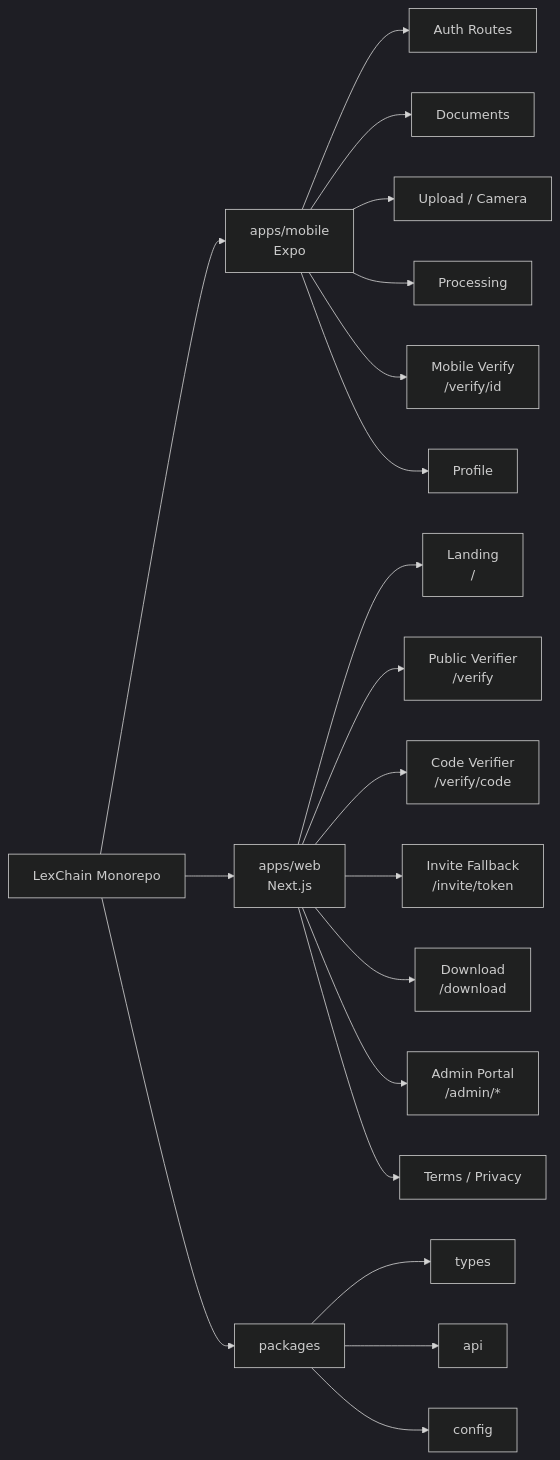
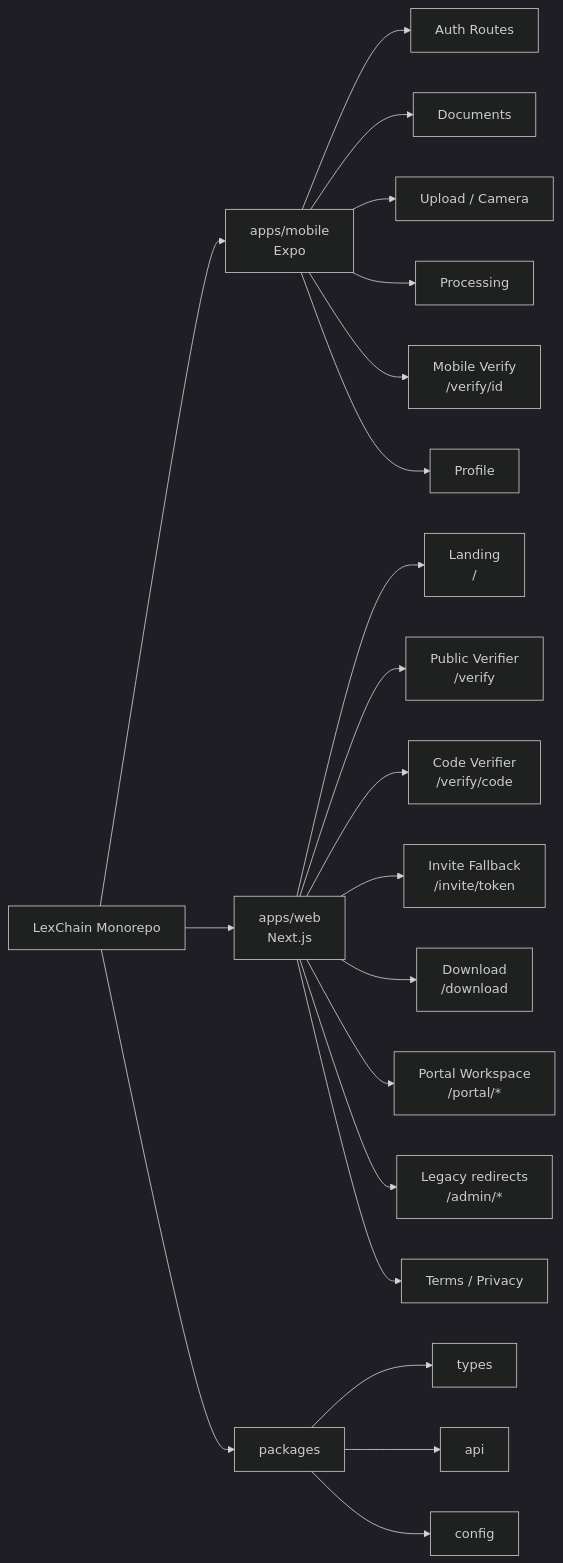
Before and after one commit to agustinelumandong/LexChain: the second of 18 diagrams in docs/LEXCHAIN-WORKFLOW-FLOWCHARTS.md, drawn with Mermaid (dark theme). The commit also changed other lines of this file and 6 other files, not shown here.

````diff
--- a/docs/LEXCHAIN-WORKFLOW-FLOWCHARTS.md
+++ b/docs/LEXCHAIN-WORKFLOW-FLOWCHARTS.md
@@ -36,25 +37,26 @@
 ```mermaid
 flowchart LR
   Root[LexChain Monorepo] --> MobileApp[apps/mobile<br/>Expo]
   Root --> WebApp[apps/web<br/>Next.js]
   Root --> Packages[packages]
 
   MobileApp --> MobileAuth[Auth Routes]
   MobileApp --> MobileDocs[Documents]
   MobileApp --> MobileUpload["Upload / Camera"]
   MobileApp --> MobileProcess[Processing]
   MobileApp --> MobileVerify["Mobile Verify<br/>/verify/id"]
   MobileApp --> MobileProfile[Profile]
 
   WebApp --> Landing["Landing<br/>/"]
   WebApp --> PublicVerify["Public Verifier<br/>/verify"]
   WebApp --> PublicCode["Code Verifier<br/>/verify/code"]
   WebApp --> Invite["Invite Fallback<br/>/invite/token"]
   WebApp --> Download["Download<br/>/download"]
-  WebApp --> AdminPortal["Admin Portal<br/>/admin/*"]
+  WebApp --> Portal["Portal Workspace<br/>/portal/*"]
+  WebApp --> LegacyAdmin["Legacy redirects<br/>/admin/*"]
   WebApp --> LegalPages["Terms / Privacy"]
 
   Packages --> Types[types]
   Packages --> Api[api]
   Packages --> Config[config]
 ```
````
